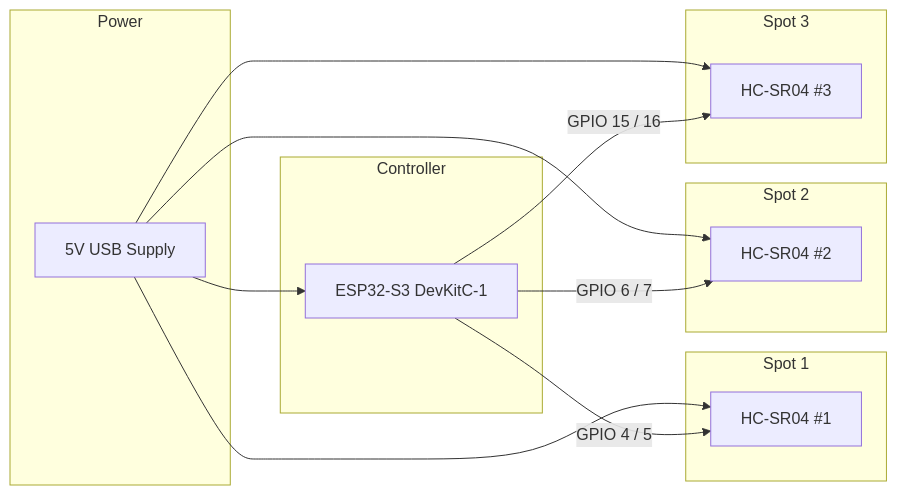
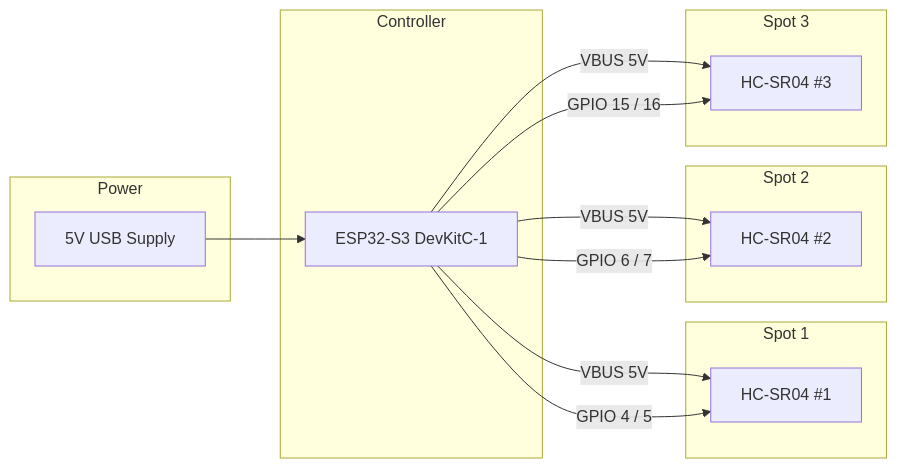
One commit to dwisnowski/PerfectPark changed the first of 3 diagrams in docs/wiring.md. Above: the diagram before and after it, drawn with Mermaid. The commit also changed other lines of this file and 6 other files, not shown here.

````diff
--- a/docs/wiring.md
+++ b/docs/wiring.md
@@ -12,31 +12,31 @@
 ```mermaid
 flowchart LR
     subgraph Power
         USB[5V USB Supply]
     end
 
     subgraph Controller
         ESP[ESP32-S3 DevKitC-1]
     end
 
     subgraph Spot1[Spot 1]
         S1[HC-SR04 #1]
     end
 
     subgraph Spot2[Spot 2]
         S2[HC-SR04 #2]
     end
 
     subgraph Spot3[Spot 3]
         S3[HC-SR04 #3]
     end
 
     USB --> ESP
-    USB --> S1
-    USB --> S2
-    USB --> S3
+    ESP -->|VBUS 5V| S1
+    ESP -->|VBUS 5V| S2
+    ESP -->|VBUS 5V| S3
 
     ESP -->|GPIO 4 / 5| S1
     ESP -->|GPIO 6 / 7| S2
     ESP -->|GPIO 15 / 16| S3
 ```
````
